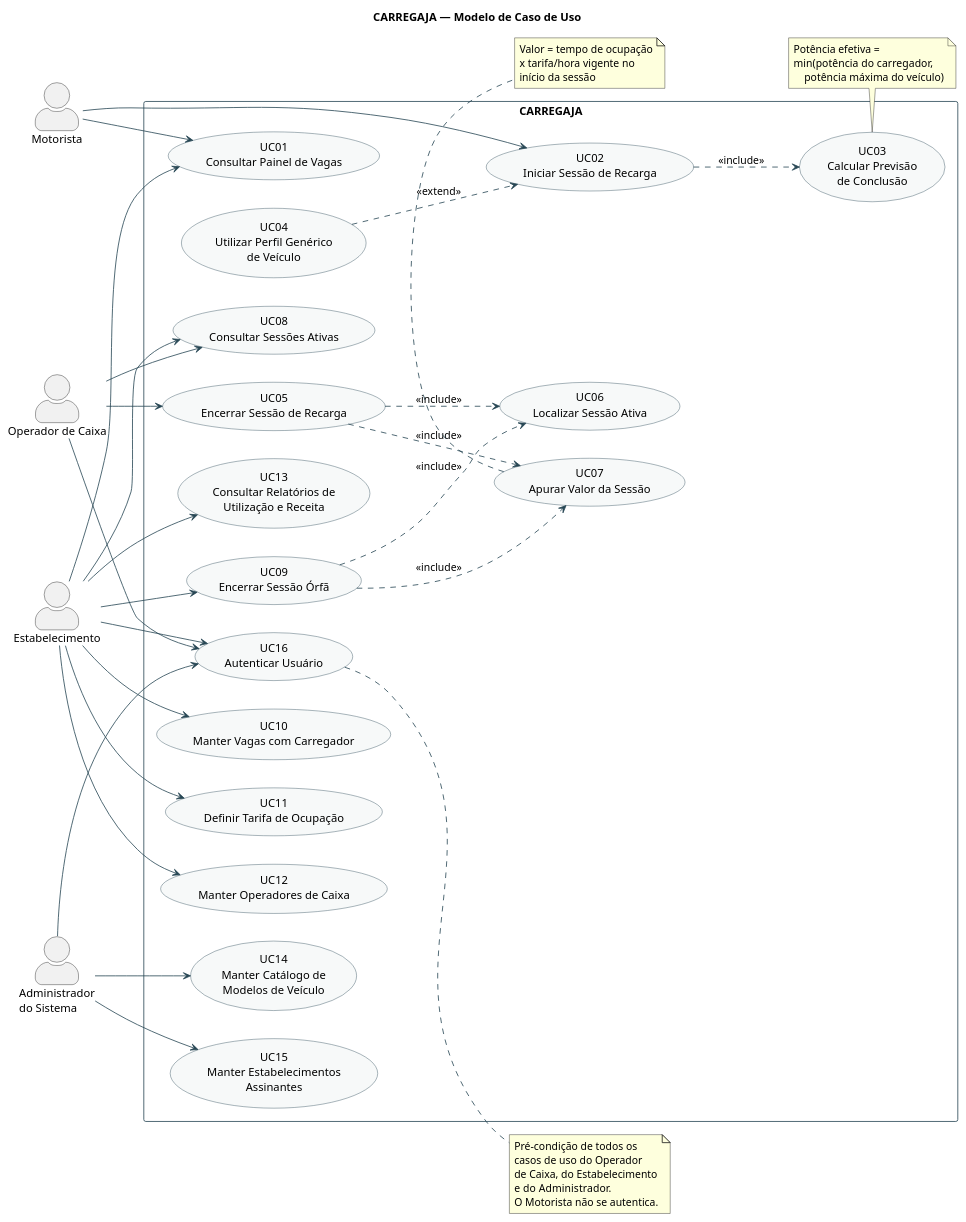
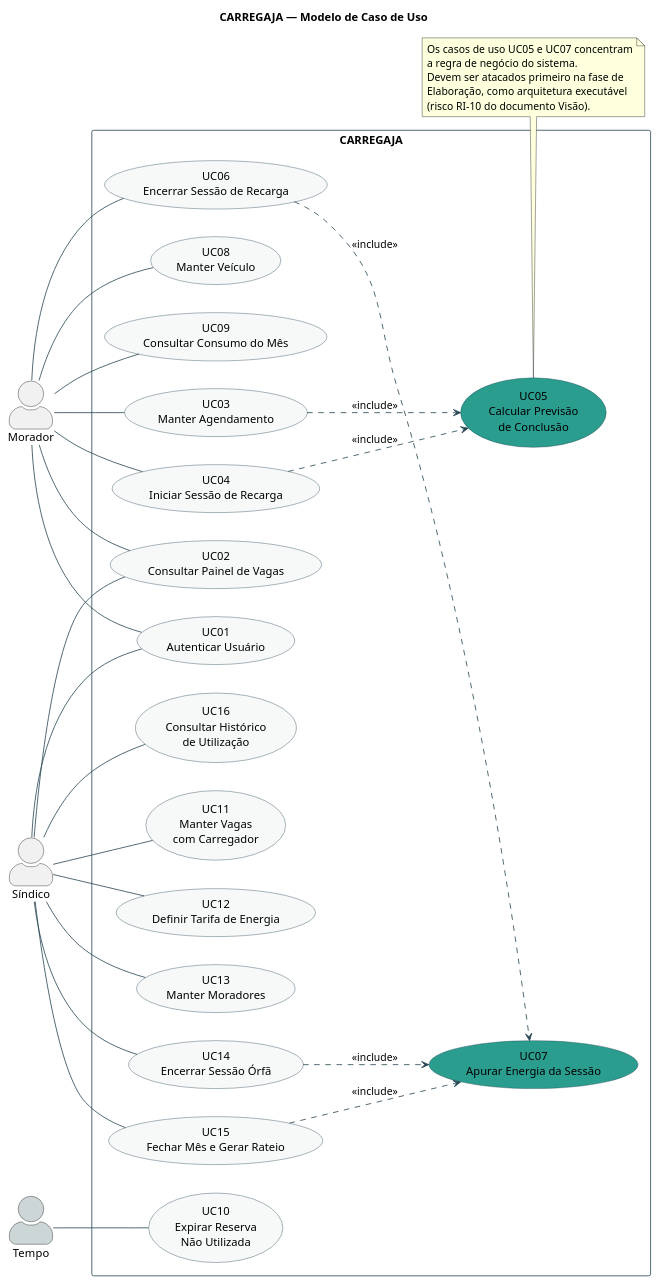
Before and after one commit to AndreMoreira00/CarregaJA: the diagram in 2.Analise e Design/CARREGAJA - Modelo de Caso de Uso.puml, drawn with PlantUML. The commit also changed 21 other files, not shown here.

```diff
--- a/2.Analise e Design/CARREGAJA - Modelo de Caso de Uso.puml
+++ b/2.Analise e Design/CARREGAJA - Modelo de Caso de Uso.puml
@@ -1,109 +1,93 @@
 @startuml CARREGAJA-ModeloCasoDeUso-Geral
 ' =====================================================================
 ' CARREGAJA - Modelo de Caso de Uso (visão geral)
-' Projeto: Sistema de Gerenciamento de Recarga de Veículos Elétricos
-'          em Estacionamentos
-' Versão do modelo: 1.0
-' Derivado de: 1.Requisitos/CARREGAJA - Visão.md (v1.1)
+' Projeto: Sistema de Agendamento e Rateio de Recarga de Veículos
+'          Elétricos em Condomínio
+' Versão do modelo: 2.0
+' Derivado de: 1.Requisitos/CARREGAJA - Visão.md (v2.0)
 ' =====================================================================
 
 title CARREGAJA — Modelo de Caso de Uso
 
 left to right direction
 skinparam packageStyle rectangle
 skinparam shadowing false
 skinparam ArrowColor #264653
 skinparam actorStyle awesome
 skinparam usecase {
   BackgroundColor #F7F9F9
   BorderColor #264653
 }
 skinparam rectangle {
   BorderColor #264653
 }
 
-actor "Motorista" as MOT
-actor "Operador de Caixa" as OPC
-actor "Estabelecimento" as EST
-actor "Administrador\ndo Sistema" as ADM
+actor "Morador" as MOR
+actor "Síndico" as SIN
+actor "Tempo" as TMP #CDD6D6
 
 rectangle "CARREGAJA" {
 
-  ' ---------- Operação no totem ----------
-  usecase "UC01\nConsultar Painel de Vagas" as UC01
-  usecase "UC02\nIniciar Sessão de Recarga" as UC02
-  usecase "UC03\nCalcular Previsão\nde Conclusão" as UC03
-  usecase "UC04\nUtilizar Perfil Genérico\nde Veículo" as UC04
+  ' ---------- Acesso ----------
+  usecase "UC01\nAutenticar Usuário" as UC01
 
-  ' ---------- Operação no ponto de pagamento ----------
-  usecase "UC05\nEncerrar Sessão de Recarga" as UC05
-  usecase "UC06\nLocalizar Sessão Ativa" as UC06
-  usecase "UC07\nApurar Valor da Sessão" as UC07
-  usecase "UC08\nConsultar Sessões Ativas" as UC08
+  ' ---------- Uso pelo morador ----------
+  usecase "UC02\nConsultar Painel de Vagas" as UC02
+  usecase "UC03\nManter Agendamento" as UC03
+  usecase "UC04\nIniciar Sessão de Recarga" as UC04
+  usecase "UC05\nCalcular Previsão\nde Conclusão" as UC05 #2A9D8F
+  usecase "UC06\nEncerrar Sessão de Recarga" as UC06
+  usecase "UC07\nApurar Energia da Sessão" as UC07 #2A9D8F
+  usecase "UC08\nManter Veículo" as UC08
+  usecase "UC09\nConsultar Consumo do Mês" as UC09
 
-  ' ---------- Gestão do estabelecimento ----------
-  usecase "UC09\nEncerrar Sessão Órfã" as UC09
-  usecase "UC10\nManter Vagas com Carregador" as UC10
-  usecase "UC11\nDefinir Tarifa de Ocupação" as UC11
-  usecase "UC12\nManter Operadores de Caixa" as UC12
-  usecase "UC13\nConsultar Relatórios de\nUtilização e Receita" as UC13
+  ' ---------- Automático (ator temporal) ----------
+  usecase "UC10\nExpirar Reserva\nNão Utilizada" as UC10
 
-  ' ---------- Administração do produto ----------
-  usecase "UC14\nManter Catálogo de\nModelos de Veículo" as UC14
-  usecase "UC15\nManter Estabelecimentos\nAssinantes" as UC15
-
-  ' ---------- Acesso ----------
-  usecase "UC16\nAutenticar Usuário" as UC16
+  ' ---------- Gestão do condomínio ----------
+  usecase "UC11\nManter Vagas\ncom Carregador" as UC11
+  usecase "UC12\nDefinir Tarifa de Energia" as UC12
+  usecase "UC13\nManter Moradores" as UC13
+  usecase "UC14\nEncerrar Sessão Órfã" as UC14
+  usecase "UC15\nFechar Mês e Gerar Rateio" as UC15
+  usecase "UC16\nConsultar Histórico\nde Utilização" as UC16
 }
 
-' ===================== Associações =====================
-MOT --> UC01
-MOT --> UC02
+' ---------- Associações do Morador ----------
+MOR -- UC01
+MOR -- UC02
+MOR -- UC03
+MOR -- UC04
+MOR -- UC06
+MOR -- UC08
+MOR -- UC09
 
-OPC --> UC05
-OPC --> UC08
-OPC --> UC16
+' ---------- Associação do ator temporal ----------
+TMP -- UC10
 
-EST --> UC01
-EST --> UC08
-EST --> UC09
-EST --> UC10
-EST --> UC11
-EST --> UC12
-EST --> UC13
-EST --> UC16
+' ---------- Associações do Síndico ----------
+SIN -- UC01
+SIN -- UC02
+SIN -- UC11
+SIN -- UC12
+SIN -- UC13
+SIN -- UC14
+SIN -- UC15
+SIN -- UC16
 
-ADM --> UC14
-ADM --> UC15
-ADM --> UC16
+' ---------- Relacionamentos entre casos de uso ----------
+UC03 ..> UC05 : <<include>>
+UC04 ..> UC05 : <<include>>
+UC06 ..> UC07 : <<include>>
+UC14 ..> UC07 : <<include>>
+UC15 ..> UC07 : <<include>>
 
-' ===================== Relacionamentos =====================
-UC02 ..> UC03 : <<include>>
-UC05 ..> UC06 : <<include>>
-UC05 ..> UC07 : <<include>>
-UC09 ..> UC06 : <<include>>
-UC09 ..> UC07 : <<include>>
-
-UC04 ..> UC02 : <<extend>>
-
-note bottom of UC03
-  Potência efetiva =
-  min(potência do carregador,
-      potência máxima do veículo)
-end note
-
-note bottom of UC07
-  Valor = tempo de ocupação
-  x tarifa/hora vigente no
-  início da sessão
-end note
-
-note right of UC16
-  Pré-condição de todos os
-  casos de uso do Operador
-  de Caixa, do Estabelecimento
-  e do Administrador.
-  O Motorista não se autentica.
+note bottom of UC05
+  Os casos de uso UC05 e UC07 concentram
+  a regra de negócio do sistema.
+  Devem ser atacados primeiro na fase de
+  Elaboração, como arquitetura executável
+  (risco RI-10 do documento Visão).
 end note
 
 @enduml
```
